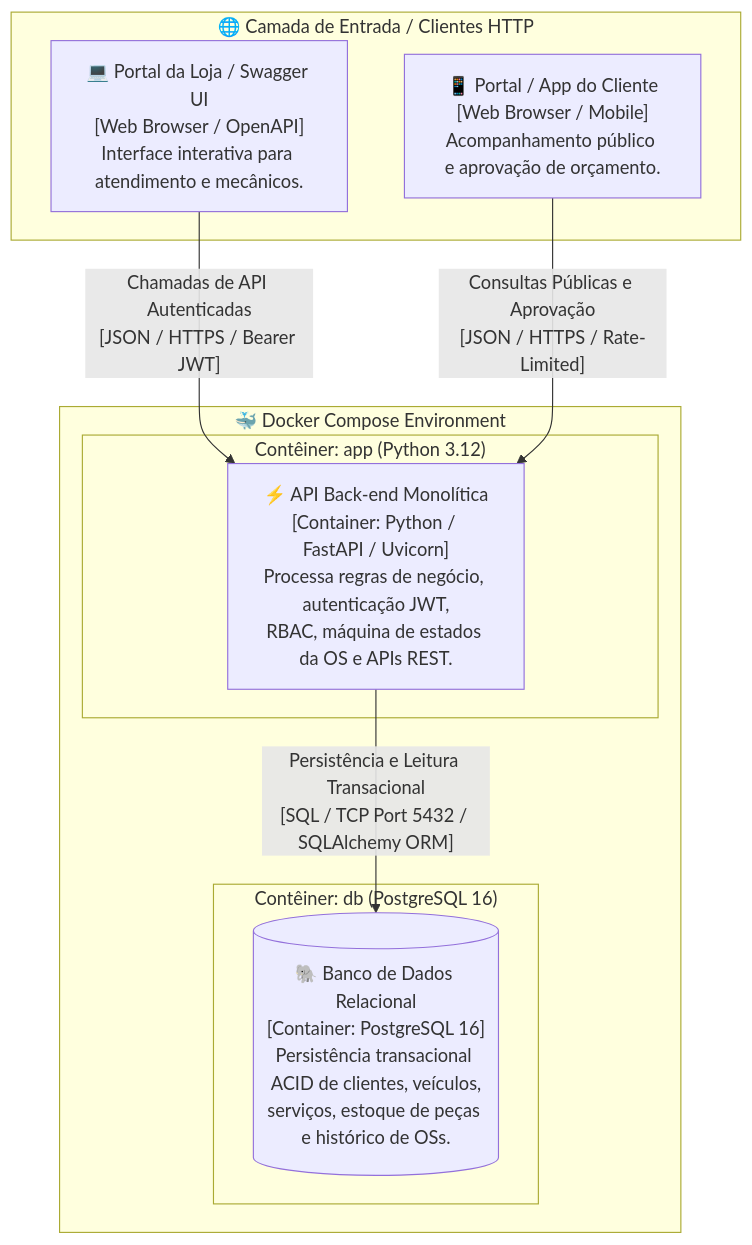
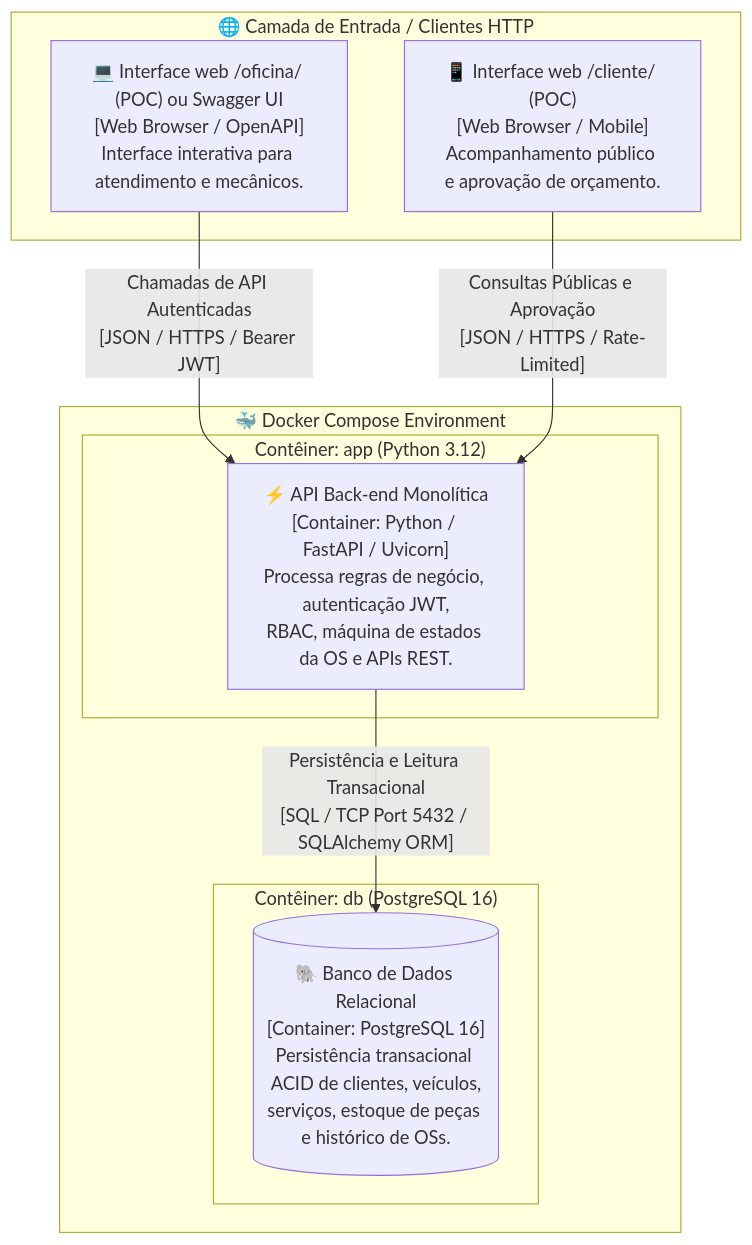
One commit to vieira-gabriel/FIAP_SIAES changed the second of 4 diagrams in docs/ddd/c4-model.md. Above: the diagram before and after it, drawn with Mermaid. The commit also changed other lines of this file and 4 other files, not shown here.

Commit message:
docs: alinha o C4, o event storming, o guia e o README à interface web e à decisão no balcão

````diff
--- a/docs/ddd/c4-model.md
+++ b/docs/ddd/c4-model.md
@@ -68,21 +68,21 @@
 ```mermaid
 flowchart TD
     subgraph CLIENTES ["🌐 Camada de Entrada / Clientes HTTP"]
-        BrowserLoja["💻 Portal da Loja / Swagger UI\n[Web Browser / OpenAPI]\nInterface interativa para atendimento e mecânicos."]
-        BrowserCliente["📱 Portal / App do Cliente\n[Web Browser / Mobile]\nAcompanhamento público e aprovação de orçamento."]
+        BrowserLoja["💻 Interface web /oficina/ (POC) ou Swagger UI\n[Web Browser / OpenAPI]\nInterface interativa para atendimento e mecânicos."]
+        BrowserCliente["📱 Interface web /cliente/ (POC)\n[Web Browser / Mobile]\nAcompanhamento público e aprovação de orçamento."]
     end
 
     subgraph DOCKER_COMPOSE ["🐳 Docker Compose Environment"]
         subgraph BACKEND_CONTAINER ["Contêiner: app (Python 3.12)"]
             FastAPIApp["⚡ API Back-end Monolítica\n[Container: Python / FastAPI / Uvicorn]\nProcessa regras de negócio, autenticação JWT,\nRBAC, máquina de estados da OS e APIs REST."]
         end
 
         subgraph DATABASE_CONTAINER ["Contêiner: db (PostgreSQL 16)"]
             PostgresDB[("🐘 Banco de Dados Relacional\n[Container: PostgreSQL 16]\nPersistência transacional ACID de clientes, veículos,\nserviços, estoque de peças e histórico de OSs.")]
         end
     end
 
     BrowserLoja -->|"Chamadas de API Autenticadas\n[JSON / HTTPS / Bearer JWT]"| FastAPIApp
     BrowserCliente -->|"Consultas Públicas e Aprovação\n[JSON / HTTPS / Rate-Limited]"| FastAPIApp
     FastAPIApp -->|"Persistência e Leitura Transacional\n[SQL / TCP Port 5432 / SQLAlchemy ORM]"| PostgresDB
 ```
````
